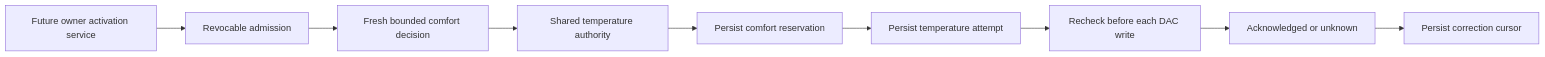
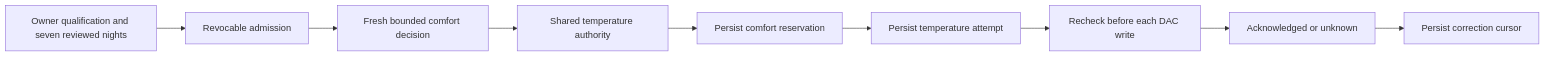
The diagram in docs/COMFORT_APPLICATION_ADAPTER.md (lucaandrea/sleepypod-core), drawn with Mermaid before and after one commit. The commit also changed other lines of this file and 40 other files, not shown here.

````diff
--- a/docs/COMFORT_APPLICATION_ADAPTER.md
+++ b/docs/COMFORT_APPLICATION_ADAPTER.md
@@ -8,11 +8,11 @@
 ```mermaid
 flowchart LR
-  Review[Future owner activation service] --> Admission[Revocable admission]
+  Review[Owner qualification and seven reviewed nights] --> Admission[Revocable admission]
   Admission --> Policy[Fresh bounded comfort decision]
   Policy --> Authority[Shared temperature authority]
   Authority --> Reserve[Persist comfort reservation]
   Reserve --> Journal[Persist temperature attempt]
   Journal --> Queue[Recheck before each DAC write]
   Queue --> Receipt[Acknowledged or unknown]
   Receipt --> Cursor[Persist correction cursor]
 ```
````
